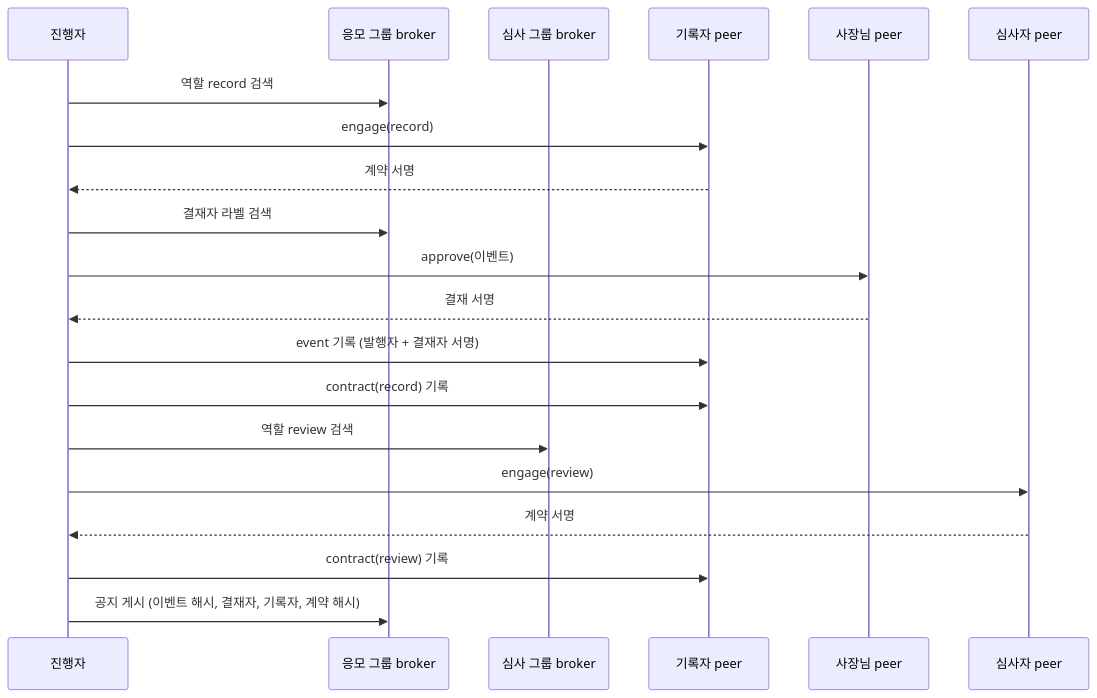
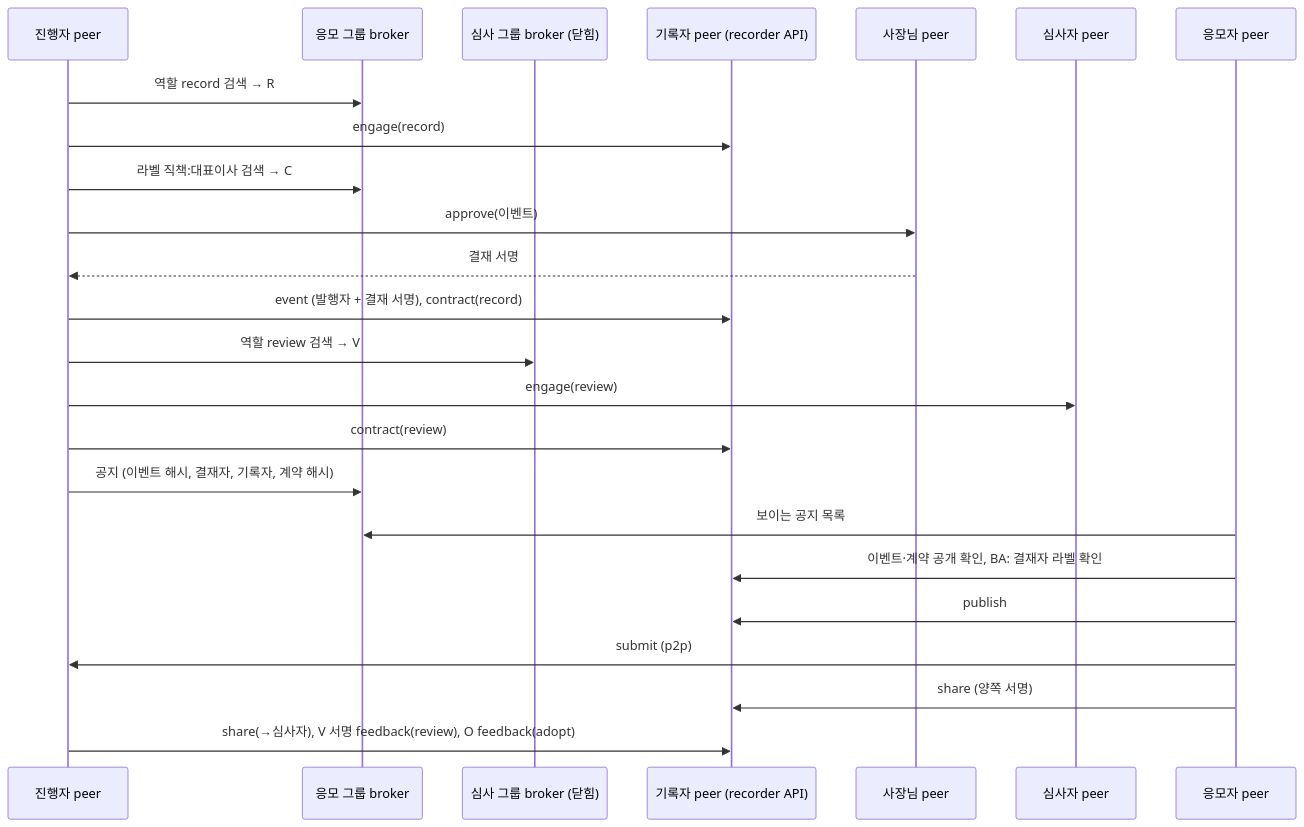
Before and after one commit to tanminkwan/share-ur-tokens: the fourth of 4 diagrams in dev/phase2/design.md, drawn with Mermaid. The commit also changed other lines of this file and 18 other files, not shown here.

````diff
--- a/dev/phase2/design.md
+++ b/dev/phase2/design.md
@@ -186,22 +170,26 @@
 ```mermaid
 sequenceDiagram
-    participant O as 진행자
+    participant O as 진행자 peer
     participant BA as 응모 그룹 broker
-    participant BD as 심사 그룹 broker
-    participant R as 기록자 peer
+    participant BD as 심사 그룹 broker (닫힘)
+    participant R as 기록자 peer (recorder API)
     participant C as 사장님 peer
     participant V as 심사자 peer
-    O->>BA: 역할 record 검색
+    participant P as 응모자 peer
+    O->>BA: 역할 record 검색 → R
     O->>R: engage(record)
-    R-->>O: 계약 서명
-    O->>BA: 결재자 라벨 검색
+    O->>BA: 라벨 직책:대표이사 검색 → C
     O->>C: approve(이벤트)
     C-->>O: 결재 서명
-    O->>R: event 기록 (발행자 + 결재자 서명)
-    O->>R: contract(record) 기록
-    O->>BD: 역할 review 검색
+    O->>R: event (발행자 + 결재 서명), contract(record)
+    O->>BD: 역할 review 검색 → V
     O->>V: engage(review)
-    V-->>O: 계약 서명
-    O->>R: contract(review) 기록
-    O->>BA: 공지 게시 (이벤트 해시, 결재자, 기록자, 계약 해시)
+    O->>R: contract(review)
+    O->>BA: 공지 (이벤트 해시, 결재자, 기록자, 계약 해시)
+    P->>BA: 보이는 공지 목록
+    P->>R: 이벤트·계약 공개 확인, BA: 결재자 라벨 확인
+    P->>R: publish
+    P->>O: submit (p2p)
+    P->>R: share (양쪽 서명)
+    O->>R: share(→심사자), V 서명 feedback(review), O feedback(adopt)
 ```
````
